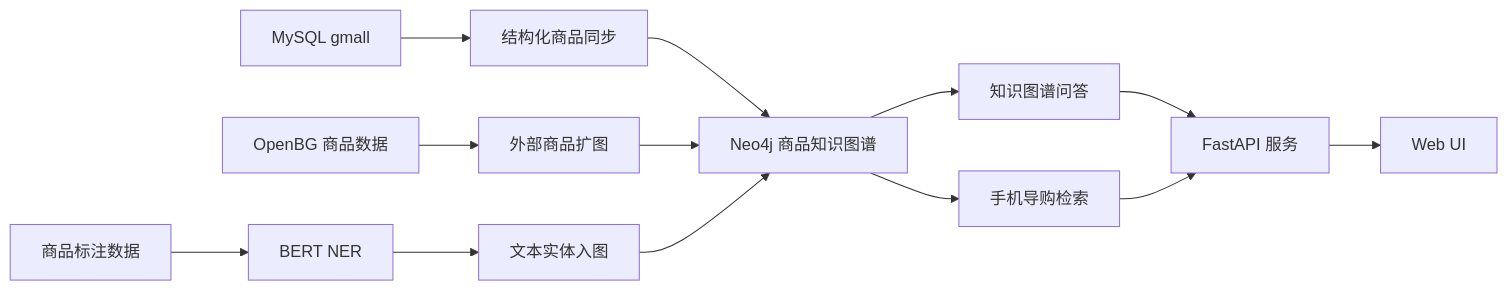
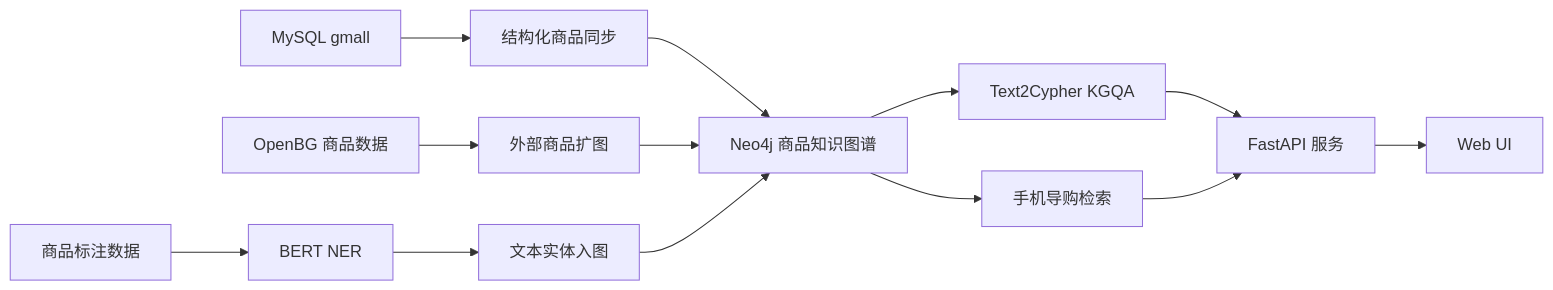
One commit to xiaoqkw/ec-knowledge-graph changed the diagram in README.md. Above: the diagram before and after it, drawn with Mermaid. The commit also changed other lines of this file and 11 other files, not shown here.

````diff
--- a/README.md
+++ b/README.md
@@ -47,18 +49,18 @@
 ```mermaid
 flowchart LR
     A[MySQL gmall] --> B[结构化商品同步]
     C[OpenBG 商品数据] --> D[外部商品扩图]
     E[商品标注数据] --> F[BERT NER]
     F --> G[文本实体入图]
 
     B --> H[Neo4j 商品知识图谱]
     D --> H
     G --> H
 
-    H --> I[知识图谱问答]
+    H --> I[Text2Cypher KGQA]
     H --> J[手机导购检索]
 
     I --> K[FastAPI 服务]
     J --> K
     K --> L[Web UI]
 ```
````
